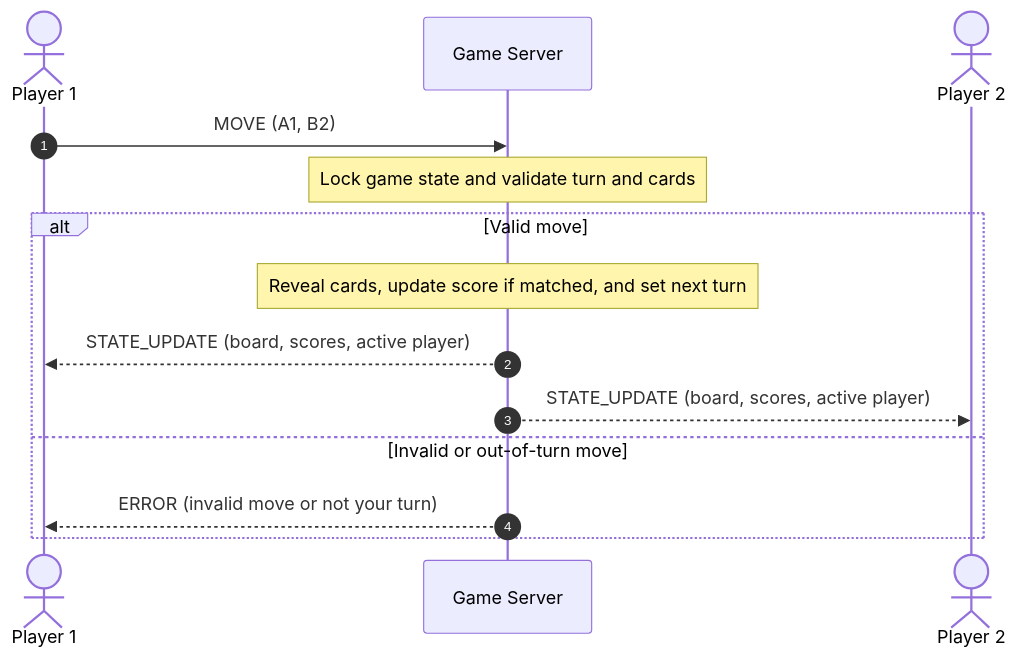
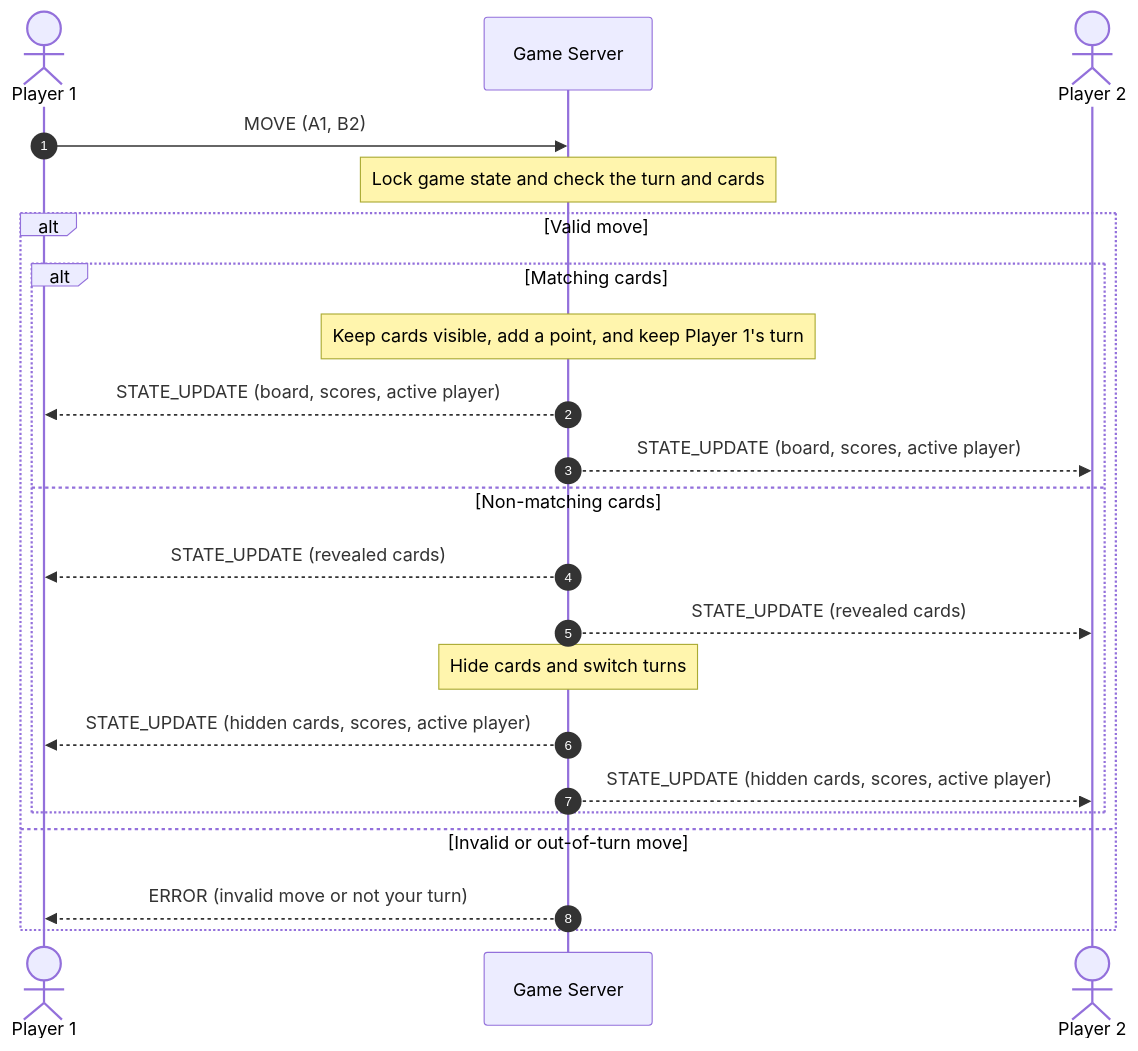
The diagram in concurrency_design.md (emersontomlinson/cs457-pet-memory-game), drawn with Mermaid before and after one commit. The commit also changed other lines of this file, not shown here.

````diff
--- a/concurrency_design.md
+++ b/concurrency_design.md
@@ -35,18 +30,26 @@
 ```mermaid
 sequenceDiagram
     autonumber
     actor Player1 as Player 1
     participant Server as Game Server
     actor Player2 as Player 2
 
     Player1->>Server: MOVE (A1, B2)
-    Note over Server: Lock game state and validate turn and cards
+    Note over Server: Lock game state and check the turn and cards
 
     alt Valid move
-        Note over Server: Reveal cards, update score if matched, and set next turn
-        Server-->>Player1: STATE_UPDATE (board, scores, active player)
-        Server-->>Player2: STATE_UPDATE (board, scores, active player)
+        alt Matching cards
+            Note over Server: Keep cards visible, add a point, and keep Player 1's turn
+            Server-->>Player1: STATE_UPDATE (board, scores, active player)
+            Server-->>Player2: STATE_UPDATE (board, scores, active player)
+        else Non-matching cards
+            Server-->>Player1: STATE_UPDATE (revealed cards)
+            Server-->>Player2: STATE_UPDATE (revealed cards)
+            Note over Server: Hide cards and switch turns
+            Server-->>Player1: STATE_UPDATE (hidden cards, scores, active player)
+            Server-->>Player2: STATE_UPDATE (hidden cards, scores, active player)
+        end
     else Invalid or out-of-turn move
         Server-->>Player1: ERROR (invalid move or not your turn)
     end
 ```
````
